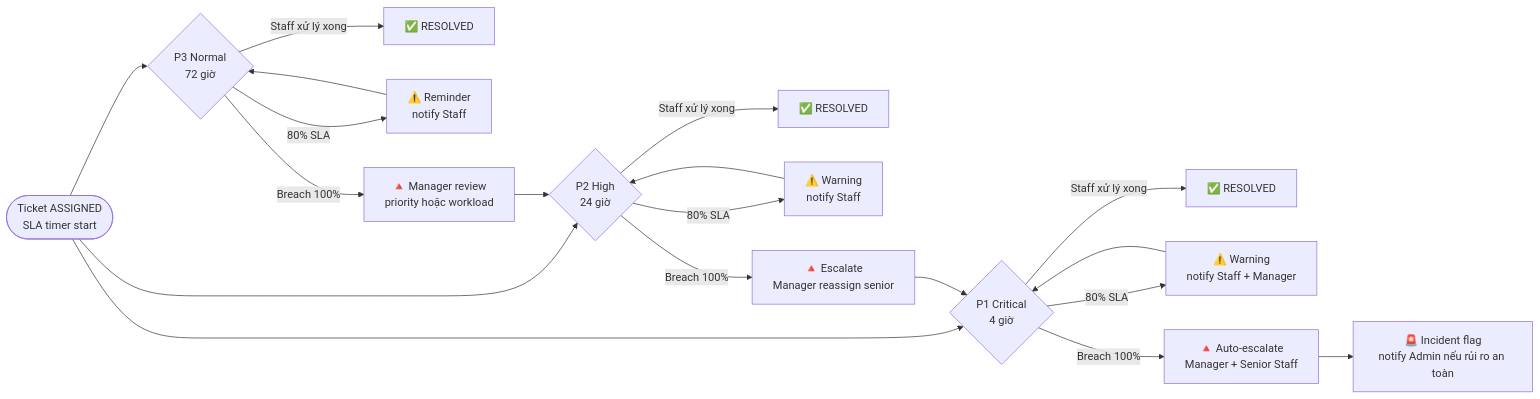
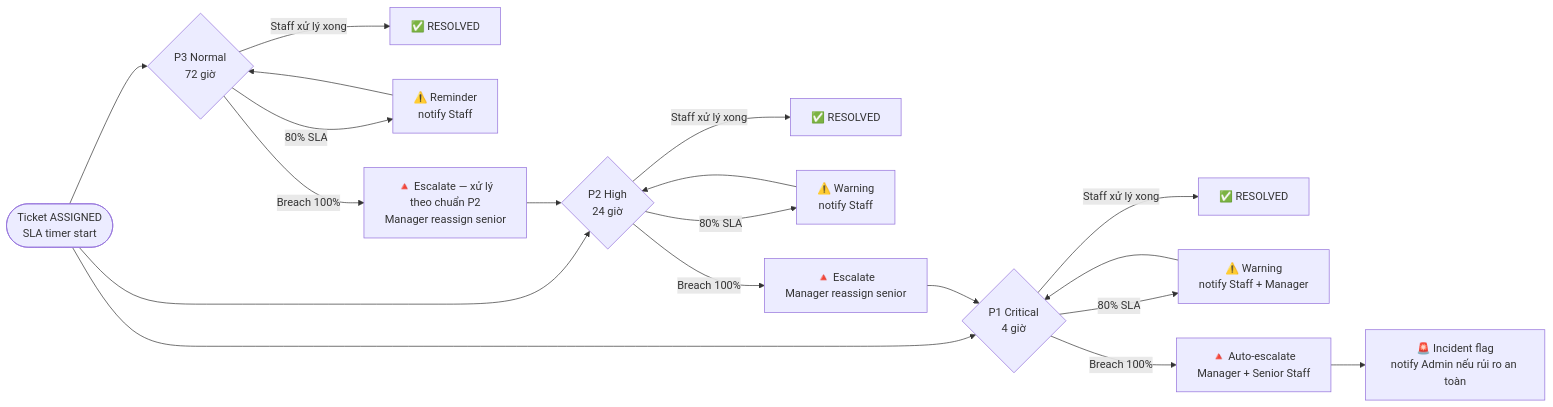
One commit to GSU26SE55/ai-module changed the fourth of 8 diagrams in .claude/docs/core-business-flow.md. Above: the diagram before and after it, drawn with Mermaid. The commit also changed other lines of this file and 3 other files, not shown here.

````diff
--- a/.claude/docs/core-business-flow.md
+++ b/.claude/docs/core-business-flow.md
@@ -317,26 +321,26 @@
 ```mermaid
 flowchart LR
     Start([Ticket ASSIGNED<br/>SLA timer start])
 
     Start --> P1{P1 Critical<br/>4 giờ}
     P1 -->|Staff xử lý xong| OK1[✅ RESOLVED]
     P1 -->|80% SLA| W1[⚠️ Warning<br/>notify Staff + Manager]
     W1 --> P1
     P1 -->|Breach 100%| E1[🔺 Auto-escalate<br/>Manager + Senior Staff]
 
     Start --> P2{P2 High<br/>24 giờ}
     P2 -->|Staff xử lý xong| OK2[✅ RESOLVED]
     P2 -->|80% SLA| W2[⚠️ Warning<br/>notify Staff]
     W2 --> P2
     P2 -->|Breach 100%| E2[🔺 Escalate<br/>Manager reassign senior]
 
     Start --> P3{P3 Normal<br/>72 giờ}
     P3 -->|Staff xử lý xong| OK3[✅ RESOLVED]
     P3 -->|80% SLA| W3[⚠️ Reminder<br/>notify Staff]
     W3 --> P3
-    P3 -->|Breach 100%| E3[🔺 Manager review<br/>priority hoặc workload]
+    P3 -->|Breach 100%| E3[🔺 Escalate — xử lý<br/>theo chuẩn P2<br/>Manager reassign senior]
 
     E1 --> Critical[🚨 Incident flag<br/>notify Admin nếu rủi ro an toàn]
     E2 --> P1
     E3 --> P2
 ```
````
